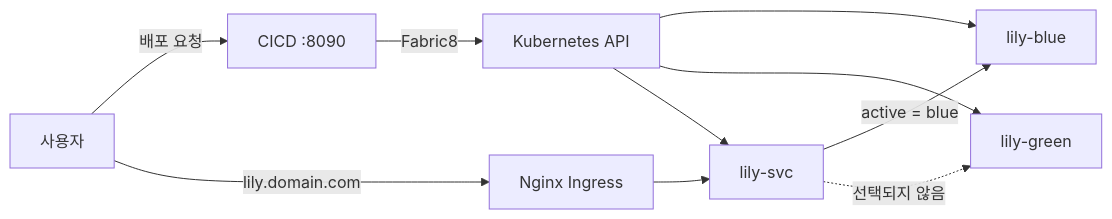
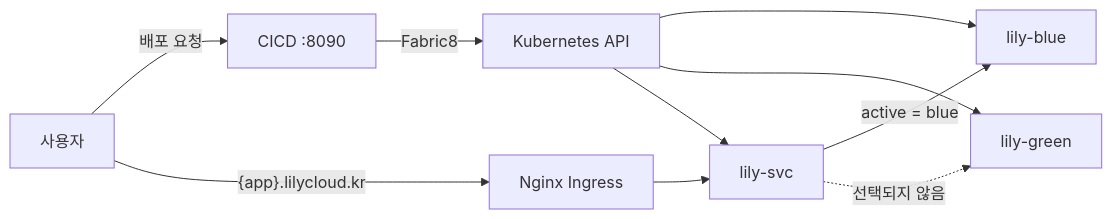
One commit to SoftBank-team-lily/lily-cicd changed the second of 4 diagrams in README.md. Above: the diagram before and after it, drawn with Mermaid. The commit also changed other lines of this file, not shown here.

````diff
--- a/README.md
+++ b/README.md
@@ -92,24 +92,24 @@
 ```mermaid
 flowchart LR
 
   user["사용자"]
   cicd["CICD :8090"]
   api["Kubernetes API"]
   ingress["Nginx Ingress"]
   svc["lily-svc"]
   blue["lily-blue"]
   green["lily-green"]
 
   user -->|"배포 요청"| cicd
   cicd -->|"Fabric8"| api
 
   api --> blue
   api --> green
   api --> svc
 
-  user -->|"lily.domain.com"| ingress
+  user -->|"{app}.lilycloud.kr"| ingress
   ingress --> svc
 
   svc -->|"active = blue"| blue
   svc -.->|"선택되지 않음"| green
 ```
````
